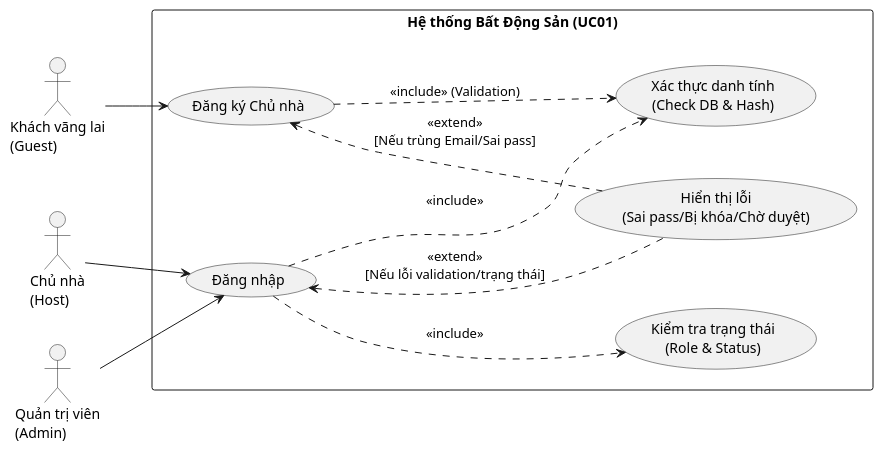
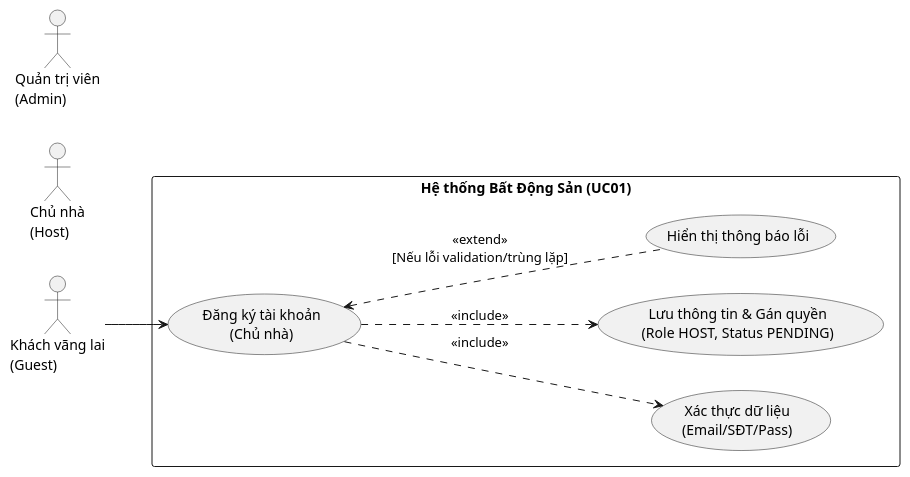
One commit to chishiya2309/LeaseLink-Backend changed the diagram in src/main/java/vn/hcmute/edu/lequanghung_nguyenthaibao/backend/uml/UC01/uc1.puml. Above: the diagram before and after it, drawn with PlantUML. The commit also changed 23 other files, not shown here.

Commit message:
Xong cơ bản chức năng đăng nhập

```diff
--- a/src/main/java/vn/hcmute/edu/lequanghung_nguyenthaibao/backend/uml/UC01/uc1.puml
+++ b/src/main/java/vn/hcmute/edu/lequanghung_nguyenthaibao/backend/uml/UC01/uc1.puml
@@ -1,33 +1,26 @@
 @startuml
 left to right direction
 skinparam packageStyle rectangle
 
 actor "Khách vãng lai\n(Guest)" as guest
 actor "Chủ nhà\n(Host)" as host
 actor "Quản trị viên\n(Admin)" as admin
 
 package "Hệ thống Bất Động Sản (UC01)" {
-    usecase "Đăng ký Chủ nhà" as UC_Register
-    usecase "Đăng nhập" as UC_Login
-
-    usecase "Xác thực danh tính\n(Check DB & Hash)" as UC_Auth
-    usecase "Kiểm tra trạng thái\n(Role & Status)" as UC_CheckStatus
-
-    usecase "Hiển thị lỗi\n(Sai pass/Bị khóa/Chờ duyệt)" as UC_ShowError
+    usecase "Đăng ký tài khoản\n(Chủ nhà)" as UC_Register
+    usecase "Xác thực dữ liệu\n(Email/SĐT/Pass)" as UC_Validate
+    usecase "Lưu thông tin & Gán quyền\n(Role HOST, Status PENDING)" as UC_Persist
+    usecase "Hiển thị thông báo lỗi" as UC_ShowError
 }
 
 ' Định nghĩa các luồng tương tác của Actor
 guest --> UC_Register
-host --> UC_Login
-admin --> UC_Login
 
 ' Các mối quan hệ Include (Bắt buộc phải có)
-UC_Login ..> UC_Auth : <<include>>
-UC_Login ..> UC_CheckStatus : <<include>>
-UC_Register ..> UC_Auth : <<include>> (Validation)
+UC_Register ..> UC_Validate : <<include>>
+UC_Register ..> UC_Persist : <<include>>
 
 ' Các mối quan hệ Extend (Luồng ngoại lệ)
-UC_ShowError .up.> UC_Login : <<extend>>\n[Nếu lỗi validation/trạng thái]
-UC_ShowError .up.> UC_Register : <<extend>>\n[Nếu trùng Email/Sai pass]
+UC_ShowError .up.> UC_Register : <<extend>>\n[Nếu lỗi validation/trùng lặp]
 
 @enduml
```
